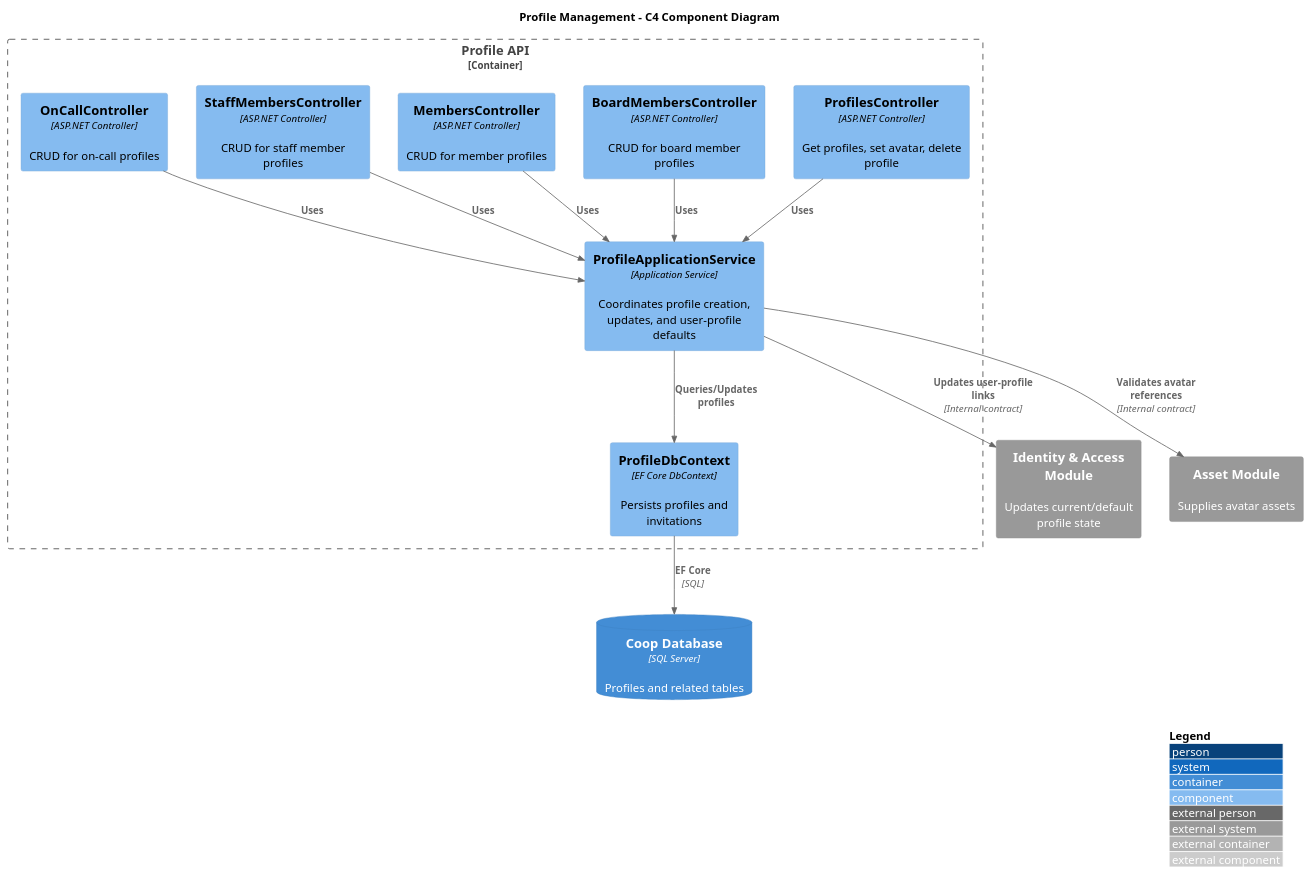
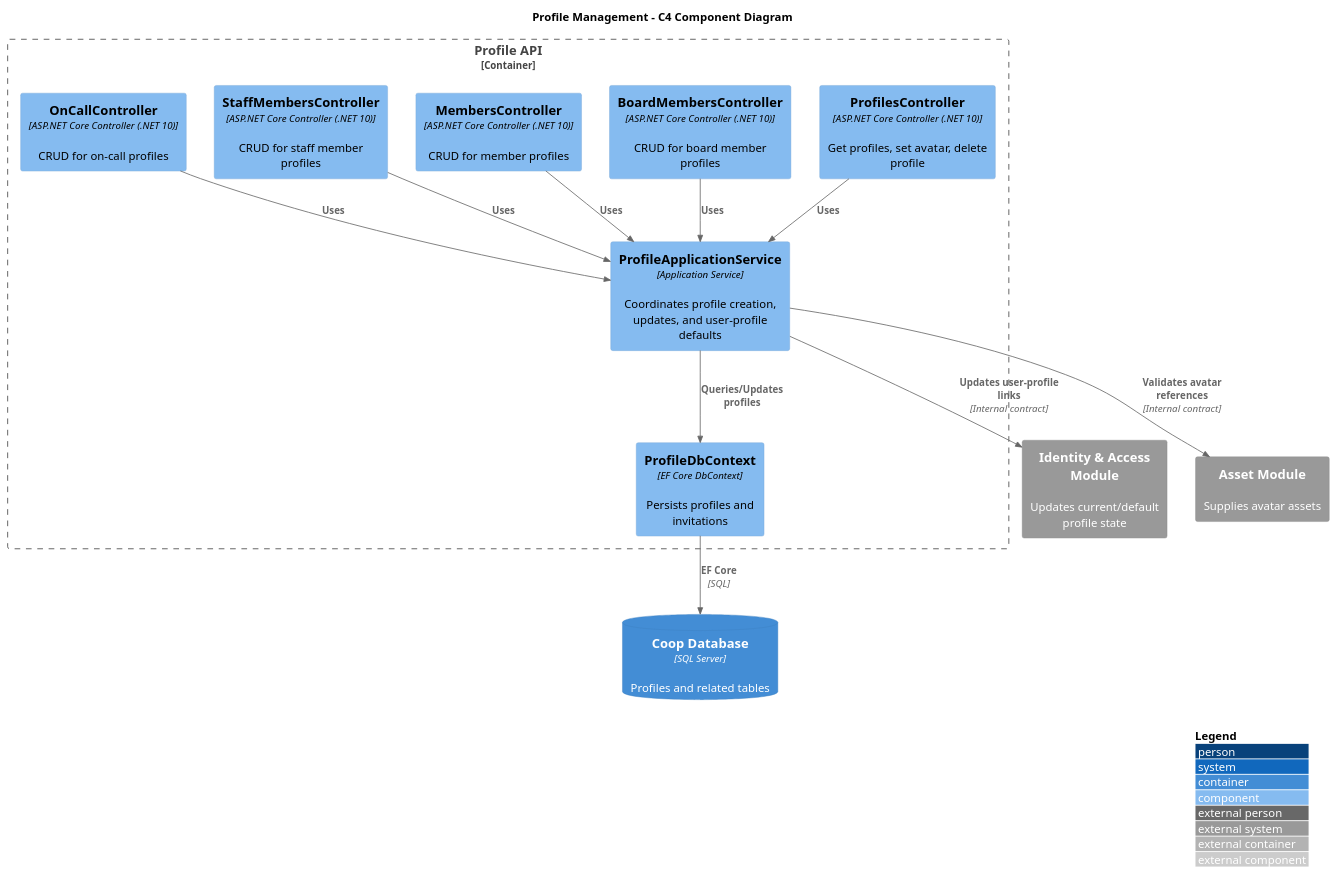
Before and after one commit to QuinntyneBrown/Coop: the diagram in docs/detailed-designs/04-profile-management/c4-component.puml, drawn with PlantUML. The commit also changed 23 other files, not shown here.

Commit message:
Update C4 diagrams with .NET 10 LTS and Angular 21 baseline and consolidate solution hierarchy

```diff
--- a/docs/detailed-designs/04-profile-management/c4-component.puml
+++ b/docs/detailed-designs/04-profile-management/c4-component.puml
@@ -1,34 +1,34 @@
 @startuml c4-component
 
 !include https://raw.githubusercontent.com/plantuml-stdlib/C4-PlantUML/master/C4_Component.puml
 
 LAYOUT_WITH_LEGEND()
 LAYOUT_TOP_DOWN()
 
 title Profile Management - C4 Component Diagram
 
 Container_Boundary(profileApi, "Profile API") {
-    Component(profilesCtrl, "ProfilesController", "ASP.NET Controller", "Get profiles, set avatar, delete profile")
-    Component(boardCtrl, "BoardMembersController", "ASP.NET Controller", "CRUD for board member profiles")
-    Component(membersCtrl, "MembersController", "ASP.NET Controller", "CRUD for member profiles")
-    Component(staffCtrl, "StaffMembersController", "ASP.NET Controller", "CRUD for staff member profiles")
-    Component(onCallCtrl, "OnCallController", "ASP.NET Controller", "CRUD for on-call profiles")
+    Component(profilesCtrl, "ProfilesController", "ASP.NET Core Controller (.NET 10)", "Get profiles, set avatar, delete profile")
+    Component(boardCtrl, "BoardMembersController", "ASP.NET Core Controller (.NET 10)", "CRUD for board member profiles")
+    Component(membersCtrl, "MembersController", "ASP.NET Core Controller (.NET 10)", "CRUD for member profiles")
+    Component(staffCtrl, "StaffMembersController", "ASP.NET Core Controller (.NET 10)", "CRUD for staff member profiles")
+    Component(onCallCtrl, "OnCallController", "ASP.NET Core Controller (.NET 10)", "CRUD for on-call profiles")
     Component(profileAppSvc, "ProfileApplicationService", "Application Service", "Coordinates profile creation, updates, and user-profile defaults")
     Component(dbContext, "ProfileDbContext", "EF Core DbContext", "Persists profiles and invitations")
 }
 
 ContainerDb(db, "Coop Database", "SQL Server", "Profiles and related tables")
 System_Ext(identityModule, "Identity & Access Module", "Updates current/default profile state")
 System_Ext(assetModule, "Asset Module", "Supplies avatar assets")
 
 Rel(profilesCtrl, profileAppSvc, "Uses")
 Rel(boardCtrl, profileAppSvc, "Uses")
 Rel(membersCtrl, profileAppSvc, "Uses")
 Rel(staffCtrl, profileAppSvc, "Uses")
 Rel(onCallCtrl, profileAppSvc, "Uses")
 Rel(profileAppSvc, dbContext, "Queries/Updates profiles")
 Rel(dbContext, db, "EF Core", "SQL")
 Rel(profileAppSvc, identityModule, "Updates user-profile links", "Internal contract")
 Rel(profileAppSvc, assetModule, "Validates avatar references", "Internal contract")
 
 @enduml
```
